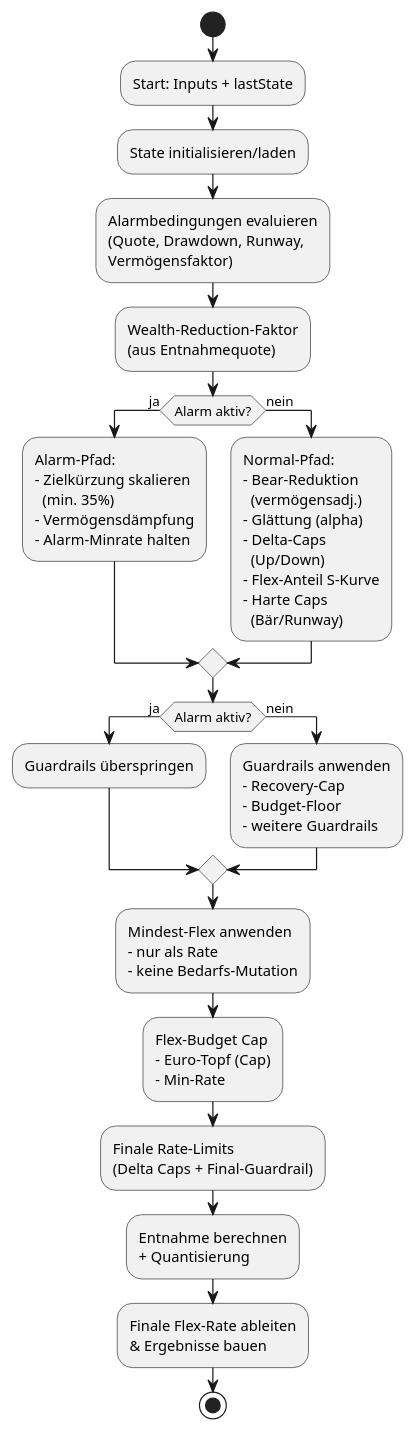
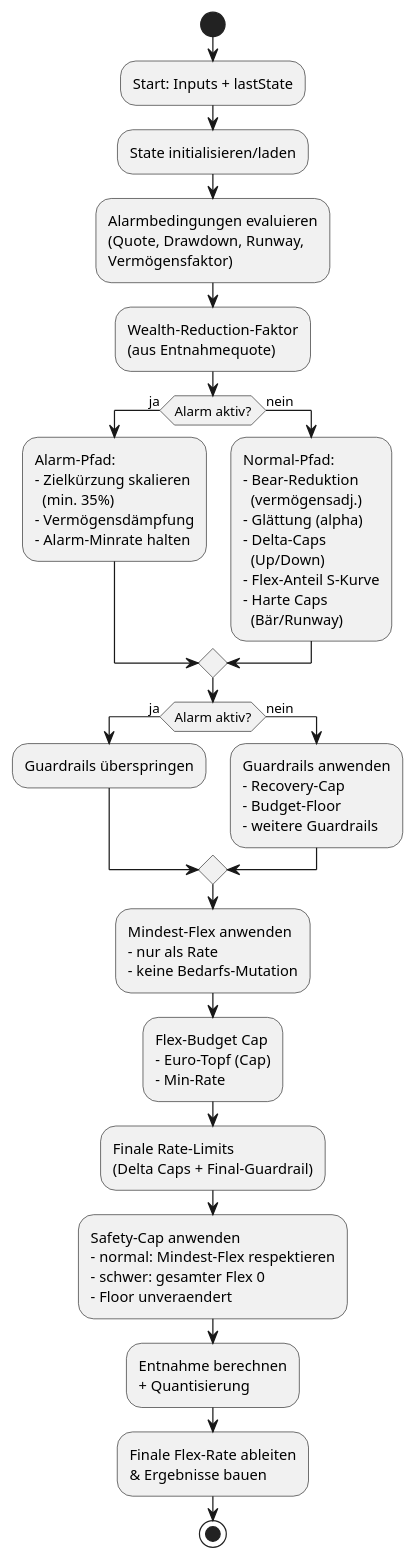
The diagram in docs/reference/TECHNICAL.md (dieteresser62-lab/Ruhestand-App-Final), drawn with PlantUML before and after one commit. The commit also changed other lines of this file and 25 other files, not shown here.

````diff
--- a/docs/reference/TECHNICAL.md
+++ b/docs/reference/TECHNICAL.md
@@ -91,25 +91,26 @@
 ```plantuml
 @startuml
 start
 :Start: Inputs + lastState;
 :State initialisieren/laden;
 :Alarmbedingungen evaluieren\n(Quote, Drawdown, Runway,\nVermögensfaktor);
 :Wealth-Reduction-Faktor\n(aus Entnahmequote);
 if (Alarm aktiv?) then (ja)
   :Alarm-Pfad:\n- Zielkürzung skalieren\n  (min. 35%)\n- Vermögensdämpfung\n- Alarm-Minrate halten;
 else (nein)
   :Normal-Pfad:\n- Bear-Reduktion\n  (vermögensadj.)\n- Glättung (alpha)\n- Delta-Caps\n  (Up/Down)\n- Flex-Anteil S‑Kurve\n- Harte Caps\n  (Bär/Runway);
 endif
 if (Alarm aktiv?) then (ja)
   :Guardrails überspringen;
 else (nein)
   :Guardrails anwenden\n- Recovery-Cap\n- Budget-Floor\n- weitere Guardrails;
 endif
 :Mindest-Flex anwenden\n- nur als Rate\n- keine Bedarfs-Mutation;
 :Flex-Budget Cap\n- Euro-Topf (Cap)\n- Min-Rate;
 :Finale Rate-Limits\n(Delta Caps + Final-Guardrail);
+:Safety-Cap anwenden\n- normal: Mindest-Flex respektieren\n- schwer: gesamter Flex 0\n- Floor unveraendert;
 :Entnahme berechnen\n+ Quantisierung;
 :Finale Flex-Rate ableiten\n& Ergebnisse bauen;
 stop
 @enduml
 ```
````
